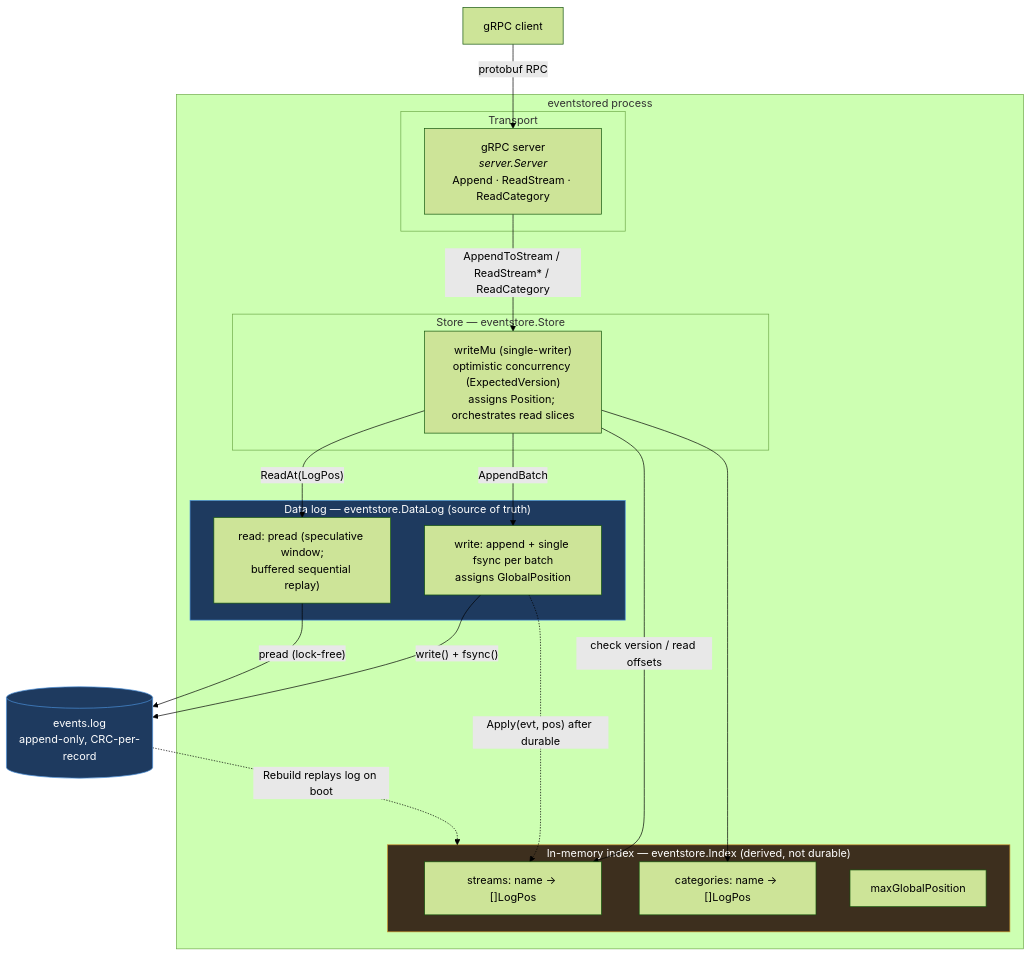
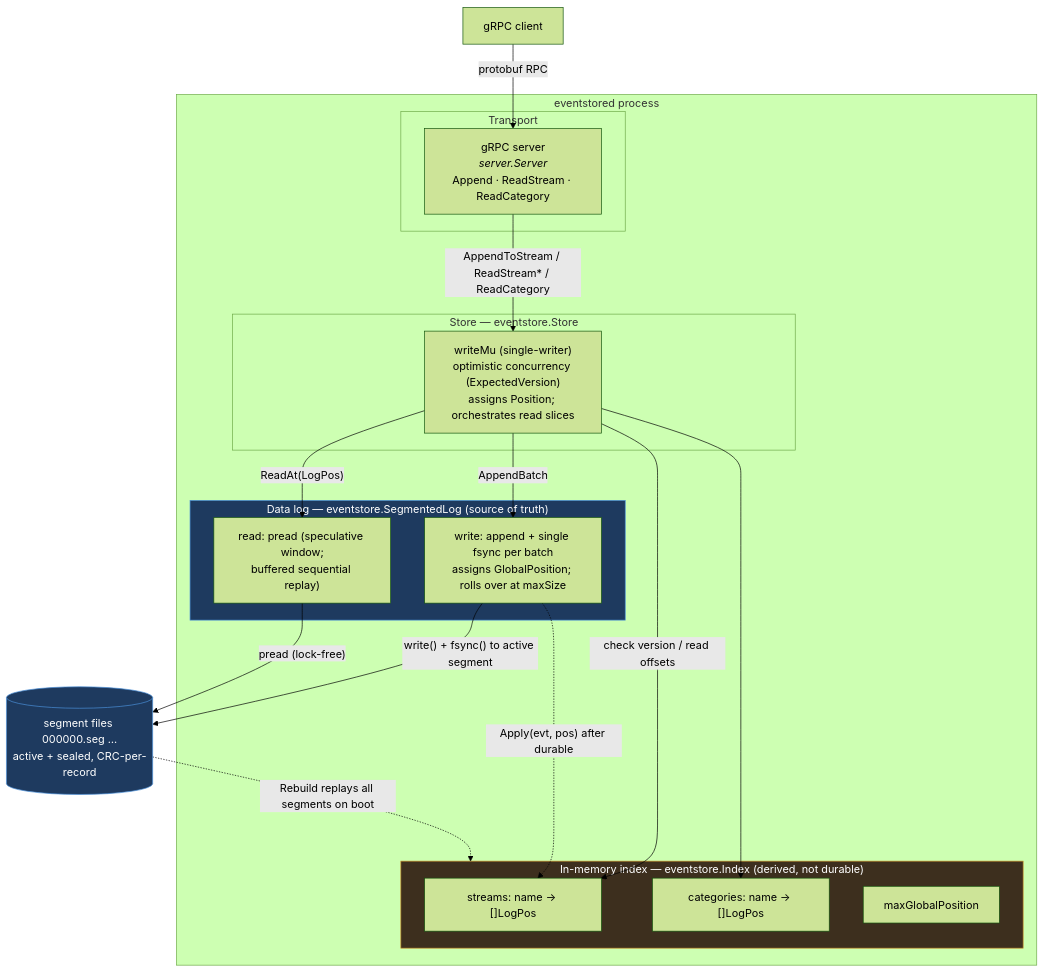
The first of 6 diagrams in doc/architecture.md (leow93/eventstore), drawn with Mermaid (forest theme) before and after one commit. The commit also changed other lines of this file and 13 other files, not shown here.

````diff
--- a/doc/architecture.md
+++ b/doc/architecture.md
@@ -17,46 +18,46 @@
 ```mermaid
 flowchart TB
     client["gRPC client"]
 
     subgraph proc["eventstored process"]
         subgraph net["Transport"]
             grpc["gRPC server<br/><i>server.Server</i><br/>Append · ReadStream · ReadCategory"]
         end
 
         subgraph core["Store — eventstore.Store"]
             store["writeMu (single-writer)<br/>optimistic concurrency (ExpectedVersion)<br/>assigns Position; orchestrates read slices"]
         end
 
         subgraph derived["In-memory index — eventstore.Index (derived, not durable)"]
             idx_streams["streams: name → []LogPos"]
             idx_cats["categories: name → []LogPos"]
             idx_gp["maxGlobalPosition"]
         end
 
-        subgraph logsub["Data log — eventstore.DataLog (source of truth)"]
-            writepath["write: append + single fsync per batch<br/>assigns GlobalPosition"]
+        subgraph logsub["Data log — eventstore.SegmentedLog (source of truth)"]
+            writepath["write: append + single fsync per batch<br/>assigns GlobalPosition; rolls over at maxSize"]
             readpath["read: pread (speculative window;<br/>buffered sequential replay)"]
         end
     end
 
-    disk[("events.log<br/>append-only, CRC-per-record")]
+    disk[("segment files 000000.seg …<br/>active + sealed, CRC-per-record")]
 
     client -->|"protobuf RPC"| grpc
     grpc -->|"AppendToStream / ReadStream* / ReadCategory"| store
 
     store -->|"check version / read offsets"| idx_streams
     store --> idx_cats
     store -->|"AppendBatch"| writepath
     store -->|"ReadAt(LogPos)"| readpath
 
-    writepath -->|"write() + fsync()"| disk
+    writepath -->|"write() + fsync() to active segment"| disk
     readpath -->|"pread (lock-free)"| disk
 
     writepath -.->|"Apply(evt, pos) after durable"| idx_streams
-    disk -.->|"Rebuild replays log on boot"| derived
+    disk -.->|"Rebuild replays all segments on boot"| derived
 
     classDef truth fill:#1e3a5f,stroke:#4a90d9,color:#fff
     classDef mem fill:#3d2f1e,stroke:#c9902a,color:#fff
     class logsub,disk truth
     class derived mem
 ```
````
